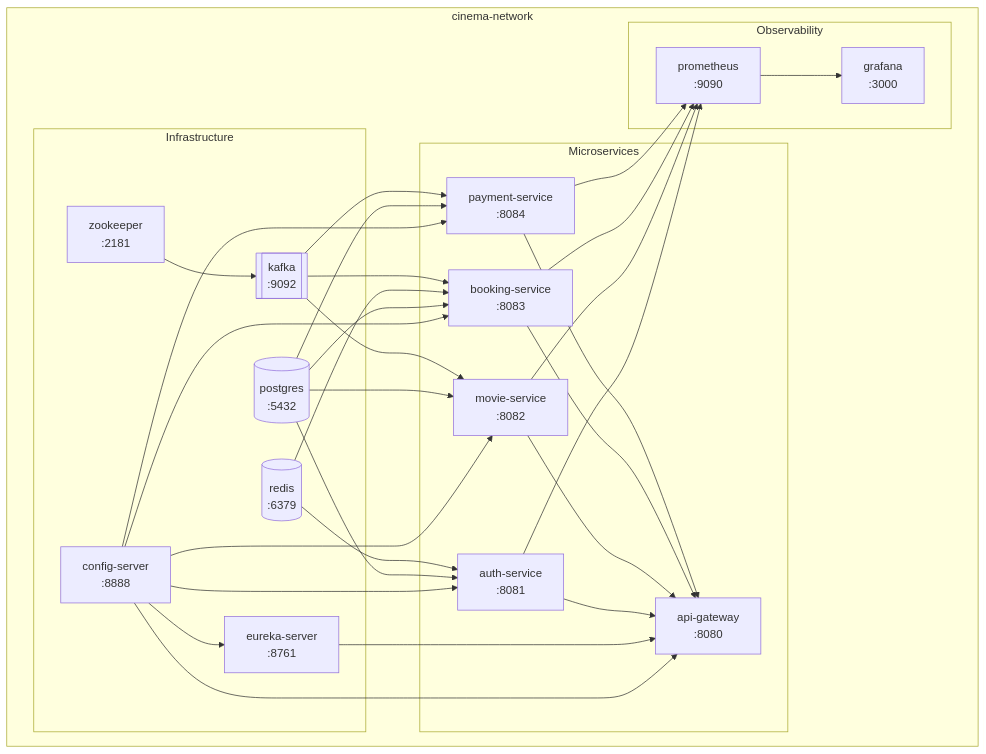
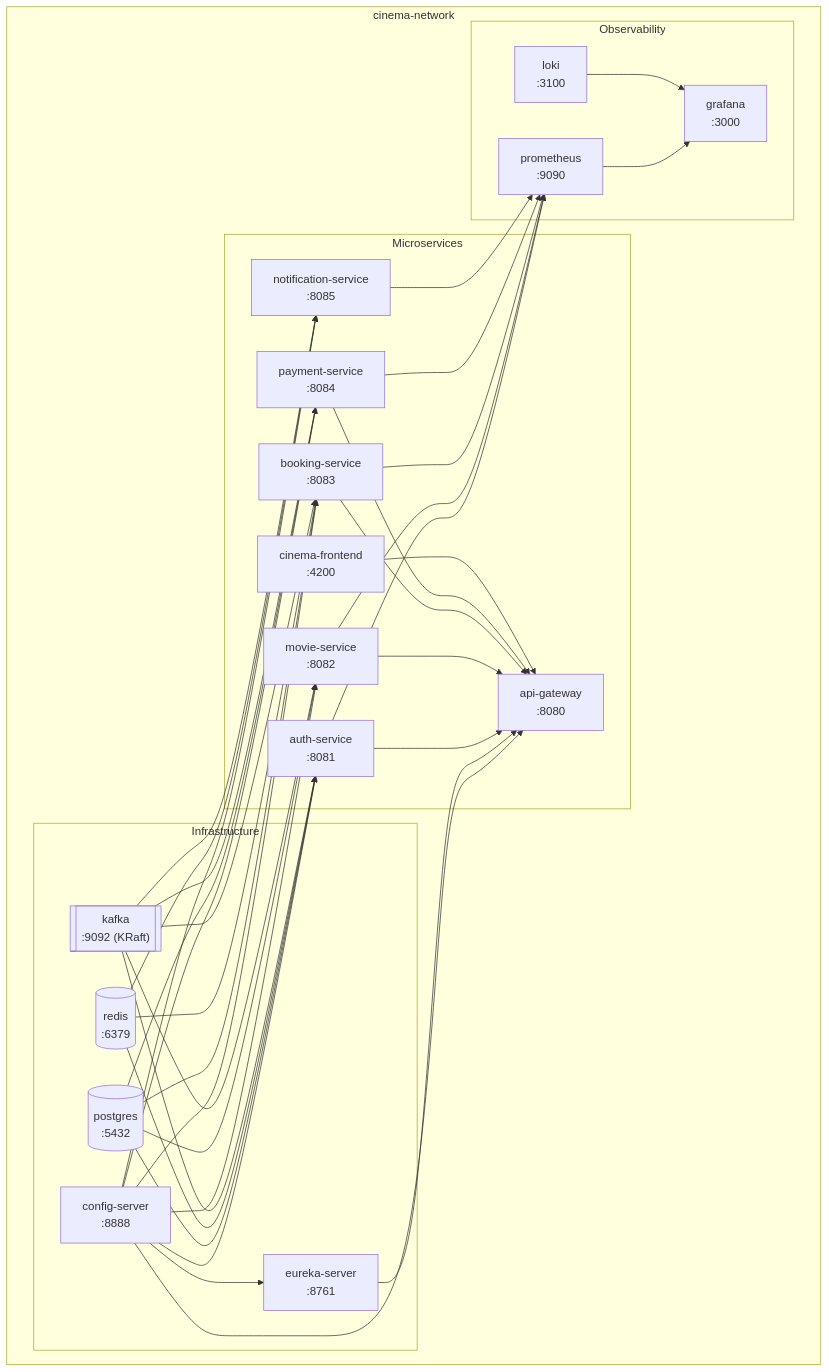
Before and after one commit to namnd0312/ms-cinema: the second of 24 diagrams in docs/system-design-mermaid-diagrams-all-services-flows.md, drawn with Mermaid. The commit also changed other lines of this file, not shown here.

````diff
--- a/docs/system-design-mermaid-diagrams-all-services-flows.md
+++ b/docs/system-design-mermaid-diagrams-all-services-flows.md
@@ -126,54 +136,62 @@
 ```mermaid
 graph LR
     subgraph cinema-network
         direction LR
         subgraph infra["Infrastructure"]
             PG[("postgres\n:5432")]
             Redis[("redis\n:6379")]
-            Kafka[["kafka\n:9092"]]
-            Zookeeper["zookeeper\n:2181"]
+            Kafka[["kafka\n:9092 (KRaft)"]]
             Config["config-server\n:8888"]
             Eureka["eureka-server\n:8761"]
         end
 
         subgraph services["Microservices"]
             Auth["auth-service\n:8081"]
             Movie["movie-service\n:8082"]
             Booking["booking-service\n:8083"]
             Payment["payment-service\n:8084"]
+            Notif["notification-service\n:8085"]
             Gateway["api-gateway\n:8080"]
+            Frontend["cinema-frontend\n:4200"]
         end
 
         subgraph observability["Observability"]
             Prometheus["prometheus\n:9090"]
             Grafana["grafana\n:3000"]
+            Loki["loki\n:3100"]
         end
     end
 
-    Zookeeper --> Kafka
     Config --> Eureka
     Config --> Auth
     Config --> Movie
     Config --> Booking
     Config --> Payment
+    Config --> Notif
     Config --> Gateway
     Eureka --> Gateway
     PG --> Auth
     PG --> Movie
     PG --> Booking
     PG --> Payment
     Redis --> Auth
     Redis --> Booking
+    Redis --> Notif
+    Kafka --> Auth
     Kafka --> Movie
     Kafka --> Booking
     Kafka --> Payment
+    Kafka --> Notif
     Auth --> Gateway
     Movie --> Gateway
     Booking --> Gateway
     Payment --> Gateway
+    Frontend --> Gateway
     Auth --> Prometheus
     Movie --> Prometheus
     Booking --> Prometheus
     Payment --> Prometheus
+    Notif --> Prometheus
     Prometheus --> Grafana
+    Loki --> Grafana
 ```
````
